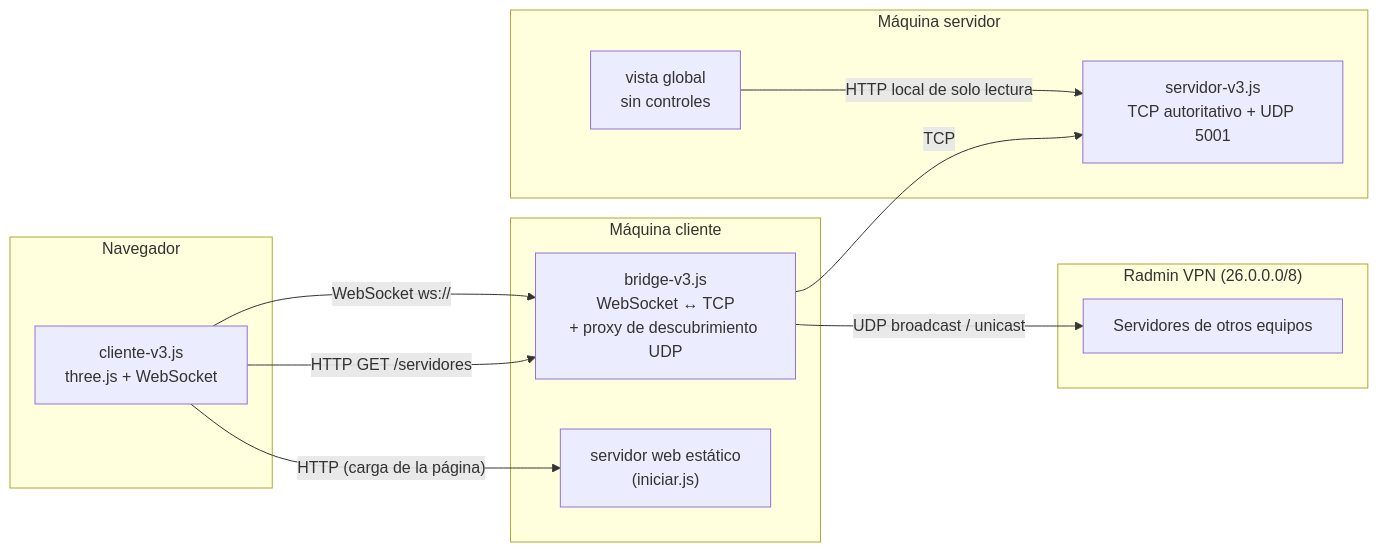
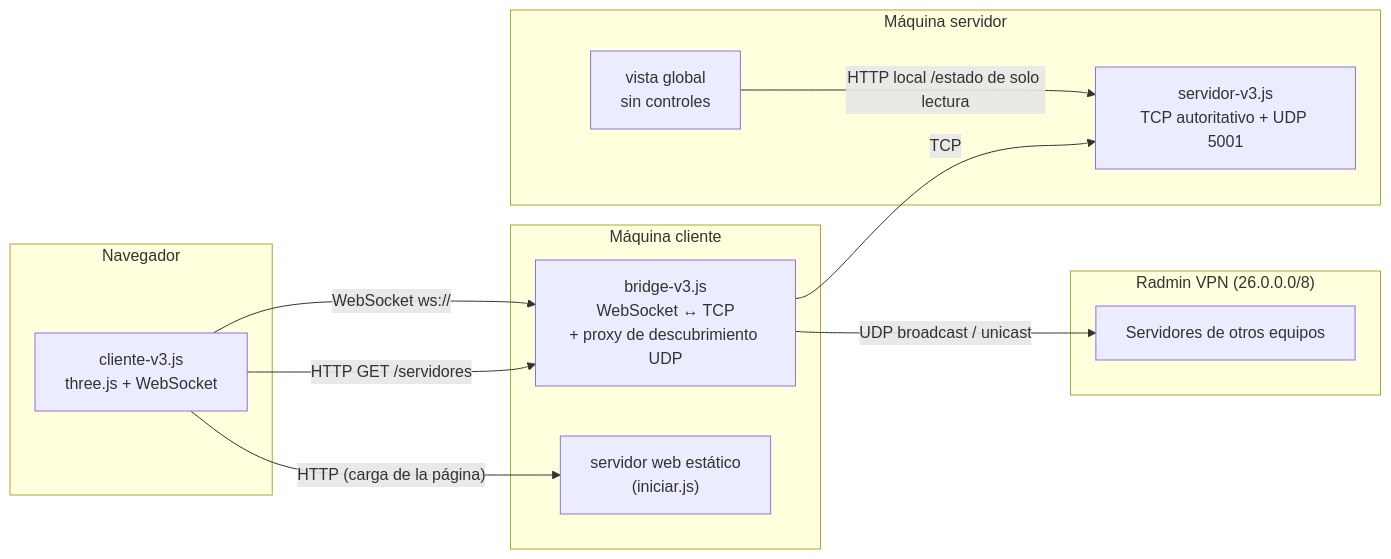
Before and after one commit to Jorge-Cuevas90003/BladeFront: the diagram in docs/manual-conexion-red.md, drawn with Mermaid. The commit also changed other lines of this file and 8 other files, not shown here.

````diff
--- a/docs/manual-conexion-red.md
+++ b/docs/manual-conexion-red.md
@@ -63,24 +63,24 @@
 ```mermaid
 flowchart LR
     subgraph Navegador
         C[cliente-v3.js<br/>three.js + WebSocket]
     end
     subgraph "Máquina cliente"
         B["bridge-v3.js<br/>WebSocket ↔ TCP<br/>+ proxy de descubrimiento UDP"]
         W["servidor web estático<br/>(iniciar.js)"]
     end
     subgraph "Máquina servidor"
         S["servidor-v3.js<br/>TCP autoritativo + UDP 5001"]
         V["vista global<br/>sin controles"]
     end
     subgraph "Radmin VPN (26.0.0.0/8)"
         Otros[Servidores de otros equipos]
     end
 
     C -- "WebSocket ws://" --> B
     C -- "HTTP GET /servidores" --> B
     B -- "TCP" --> S
     B -- "UDP broadcast / unicast" --> Otros
     C -- "HTTP (carga de la página)" --> W
-    V -- "HTTP local de solo lectura" --> S
+    V -- "HTTP local /estado de solo lectura" --> S
 ```
````
